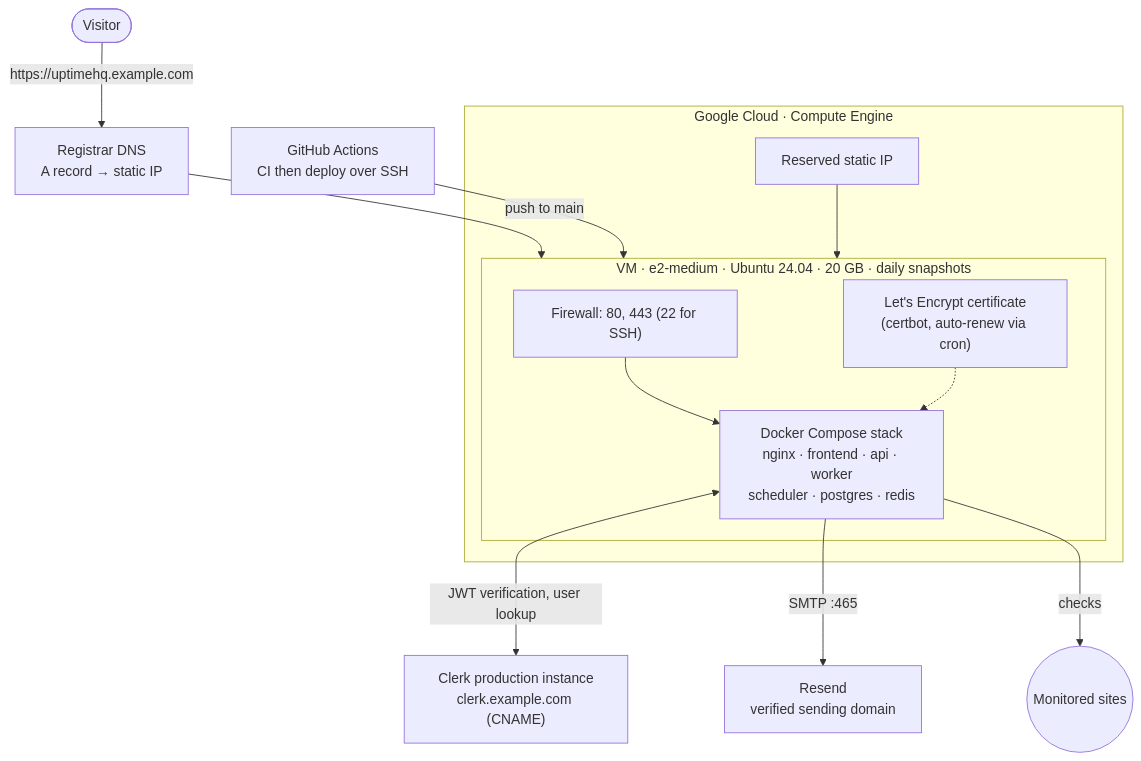
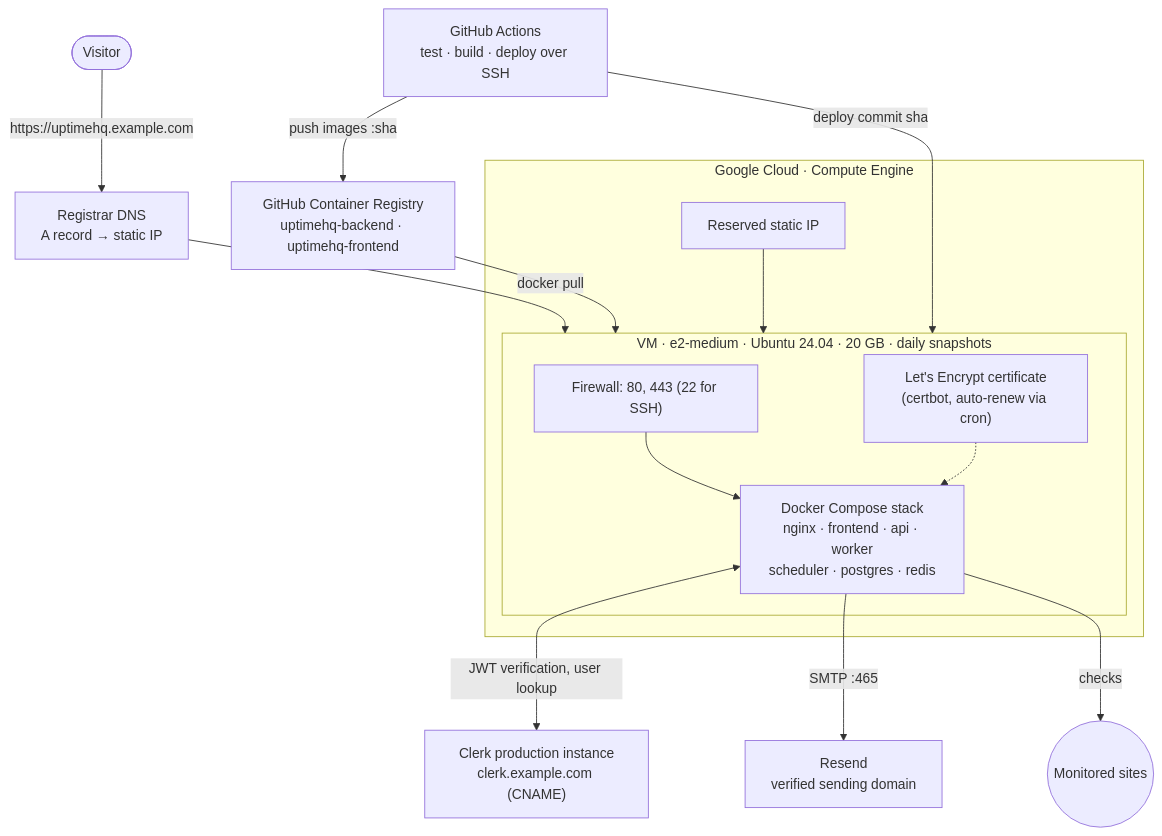
One commit to ashutosh-lodha/UptimeHQ changed diagram 11 of 11 in README.md. Above: the diagram before and after it, drawn with Mermaid. The commit also changed other lines of this file and 6 other files, not shown here.

Commit message:
Deploy pre-built images from GitHub Container Registry

````diff
--- a/README.md
+++ b/README.md
@@ -751,19 +751,21 @@
 ```mermaid
 flowchart TB
     visitor(["Visitor"]) -->|"https://uptimehq.example.com"| dns["Registrar DNS<br/>A record → static IP"]
     dns --> vm
 
-    gh["GitHub Actions<br/>CI then deploy over SSH"] -->|"push to main"| vm
+    gh["GitHub Actions<br/>test · build · deploy over SSH"] -->|"push images :sha"| ghcr["GitHub Container Registry<br/>uptimehq-backend · uptimehq-frontend"]
+    gh -->|"deploy commit sha"| vm
+    ghcr -->|"docker pull"| vm
 
     subgraph gcp["Google Cloud · Compute Engine"]
         ip["Reserved static IP"] --> vm
         subgraph vm["VM · e2-medium · Ubuntu 24.04 · 20 GB · daily snapshots"]
             fw["Firewall: 80, 443 (22 for SSH)"] --> compose["Docker Compose stack<br/>nginx · frontend · api · worker<br/>scheduler · postgres · redis"]
             le["Let's Encrypt certificate<br/>(certbot, auto-renew via cron)"] -.-> compose
         end
     end
 
     compose <-->|"JWT verification, user lookup"| clerk["Clerk production instance<br/>clerk.example.com (CNAME)"]
     compose -->|"SMTP :465"| resend["Resend<br/>verified sending domain"]
     compose -->|checks| internet(("Monitored sites"))
 ```
````
